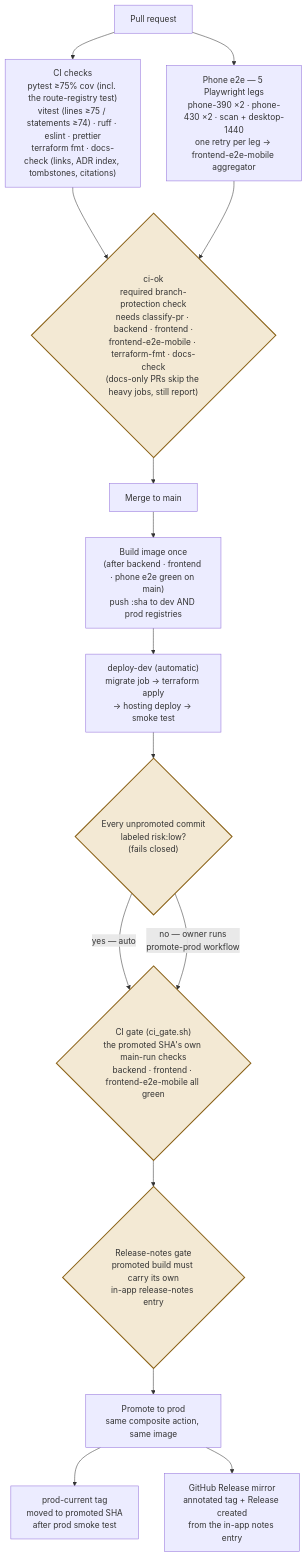
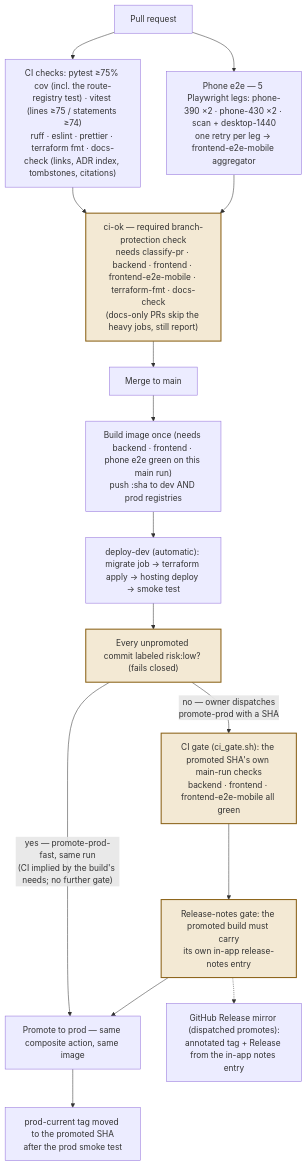
The second of 2 diagrams in specification_documents/architecture/Architecture_Physical.md (whitebreadisu/hyperspacevault), drawn with Mermaid before and after one commit. The commit also changed other lines of this file and 5 other files, not shown here.

````diff
--- a/specification_documents/architecture/Architecture_Physical.md
+++ b/specification_documents/architecture/Architecture_Physical.md
@@ -60,20 +60,20 @@
 ```mermaid
 flowchart TB
-  pr["Pull request"] --> checks["CI checks<br/>pytest ≥75% cov (incl. the route-registry test)<br/>vitest (lines ≥75 / statements ≥74) · ruff · eslint · prettier<br/>terraform fmt · docs-check (links, ADR index, tombstones, citations)"]
-  pr --> e2e["Phone e2e — 5 Playwright legs<br/>phone-390 ×2 · phone-430 ×2 · scan + desktop-1440<br/>one retry per leg → frontend-e2e-mobile aggregator"]
-  checks --> ciok{"ci-ok<br/>required branch-protection check<br/>needs classify-pr · backend · frontend ·<br/>frontend-e2e-mobile · terraform-fmt · docs-check<br/>(docs-only PRs skip the heavy jobs, still report)"}
+  pr["Pull request"] --> checks["CI checks: pytest ≥75% cov (incl. the route-registry test) · vitest (lines ≥75 / statements ≥74)<br/>ruff · eslint · prettier · terraform fmt · docs-check (links, ADR index, tombstones, citations)"]
+  pr --> e2e["Phone e2e — 5 Playwright legs: phone-390 ×2 · phone-430 ×2 · scan + desktop-1440<br/>one retry per leg → frontend-e2e-mobile aggregator"]
+  checks --> ciok["ci-ok — required branch-protection check<br/>needs classify-pr · backend · frontend · frontend-e2e-mobile · terraform-fmt · docs-check<br/>(docs-only PRs skip the heavy jobs, still report)"]
   e2e --> ciok
   ciok --> merge["Merge to main"]
-  merge --> build["Build image once<br/>(after backend · frontend · phone e2e green on main)<br/>push :sha to dev AND prod registries"]
-  build --> dev["deploy-dev (automatic)<br/>migrate job → terraform apply<br/>→ hosting deploy → smoke test"]
-  dev --> gate{"Every unpromoted commit<br/>labeled risk:low?<br/>(fails closed)"}
-  gate -->|"yes — auto"| cigate
-  gate -->|"no — owner runs<br/>promote-prod workflow"| cigate{"CI gate (ci_gate.sh)<br/>the promoted SHA's own main-run checks<br/>backend · frontend · frontend-e2e-mobile all green"}
-  cigate --> notes{"Release-notes gate<br/>promoted build must carry its own<br/>in-app release-notes entry"}
-  notes --> promote["Promote to prod<br/>same composite action, same image"]
-  promote --> tag["prod-current tag<br/>moved to promoted SHA<br/>after prod smoke test"]
-  promote --> mirror["GitHub Release mirror<br/>annotated tag + Release created<br/>from the in-app notes entry"]
+  merge --> build["Build image once (needs backend · frontend · phone e2e green on this main run)<br/>push :sha to dev AND prod registries"]
+  build --> dev["deploy-dev (automatic): migrate job → terraform apply → hosting deploy → smoke test"]
+  dev --> gate["Every unpromoted commit labeled risk:low? (fails closed)"]
+  gate -->|"yes — promote-prod-fast, same run<br/>(CI implied by the build's needs; no further gate)"| promote
+  gate -->|"no — owner dispatches<br/>promote-prod with a SHA"| cigate["CI gate (ci_gate.sh): the promoted SHA's own main-run checks<br/>backend · frontend · frontend-e2e-mobile all green"]
+  cigate --> notes["Release-notes gate: the promoted build must carry<br/>its own in-app release-notes entry"]
+  notes --> promote["Promote to prod — same composite action, same image"]
+  promote --> tag["prod-current tag moved to the promoted SHA<br/>after the prod smoke test"]
+  notes -.-> mirror["GitHub Release mirror (dispatched promotes):<br/>annotated tag + Release from the in-app notes entry"]
 
   classDef gatestyle fill:#F3E9D4,stroke:#8A6116,stroke-width:2px;
   class gate,cigate,notes,ciok gatestyle;
 ```
````
